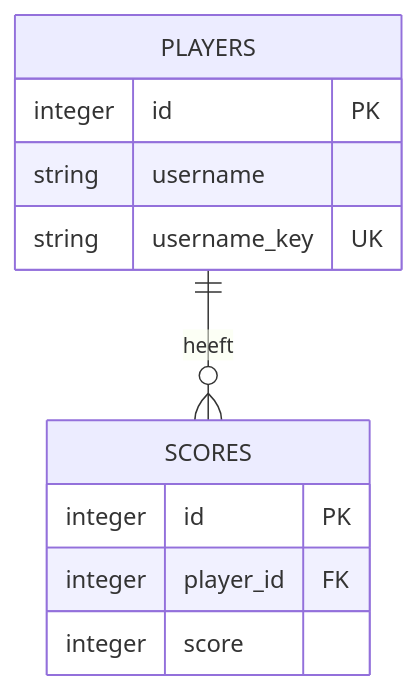
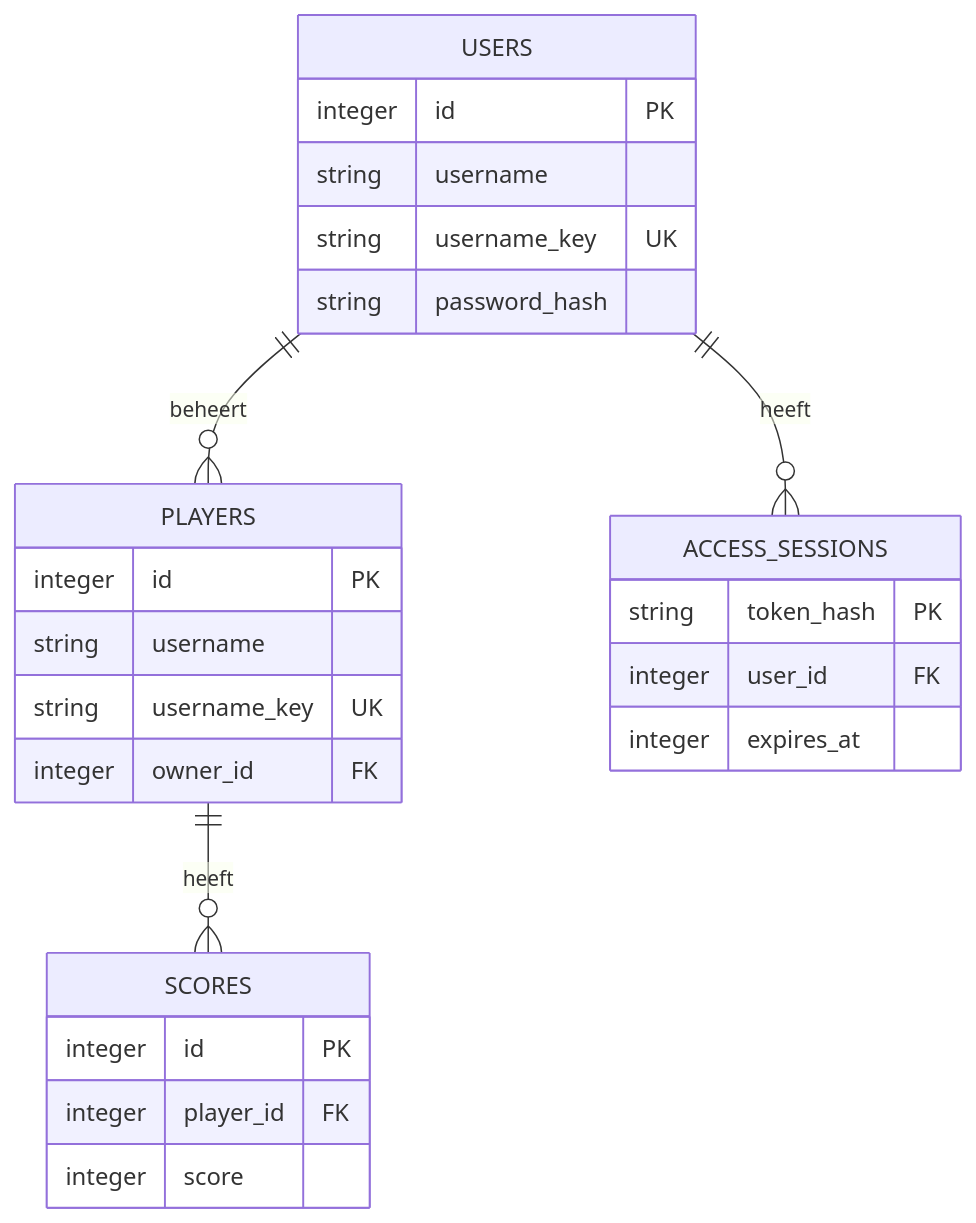
One commit to Koen365/player-leaderboard-sppr changed the diagram in ONTWERP.md. Above: the diagram before and after it, drawn with Mermaid. The commit also changed other lines of this file and 5 other files, not shown here.

````diff
--- a/ONTWERP.md
+++ b/ONTWERP.md
@@ -30,14 +30,28 @@
 ```mermaid
 erDiagram
+    USERS ||--o{ PLAYERS : beheert
+    USERS ||--o{ ACCESS_SESSIONS : heeft
     PLAYERS ||--o{ SCORES : heeft
+    USERS {
+        integer id PK
+        string username
+        string username_key UK
+        string password_hash
+    }
+    ACCESS_SESSIONS {
+        string token_hash PK
+        integer user_id FK
+        integer expires_at
+    }
     PLAYERS {
         integer id PK
         string username
         string username_key UK
+        integer owner_id FK
     }
     SCORES {
         integer id PK
         integer player_id FK
         integer score
     }
 ```
````
